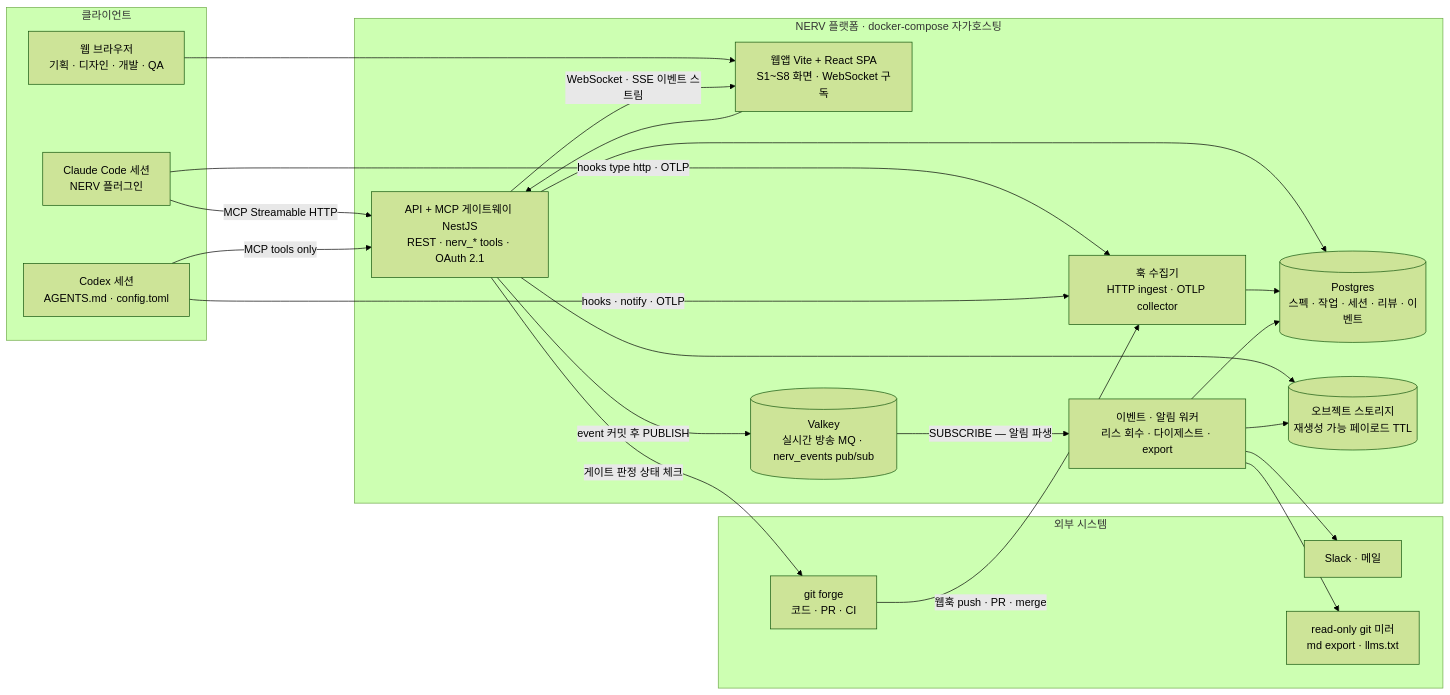
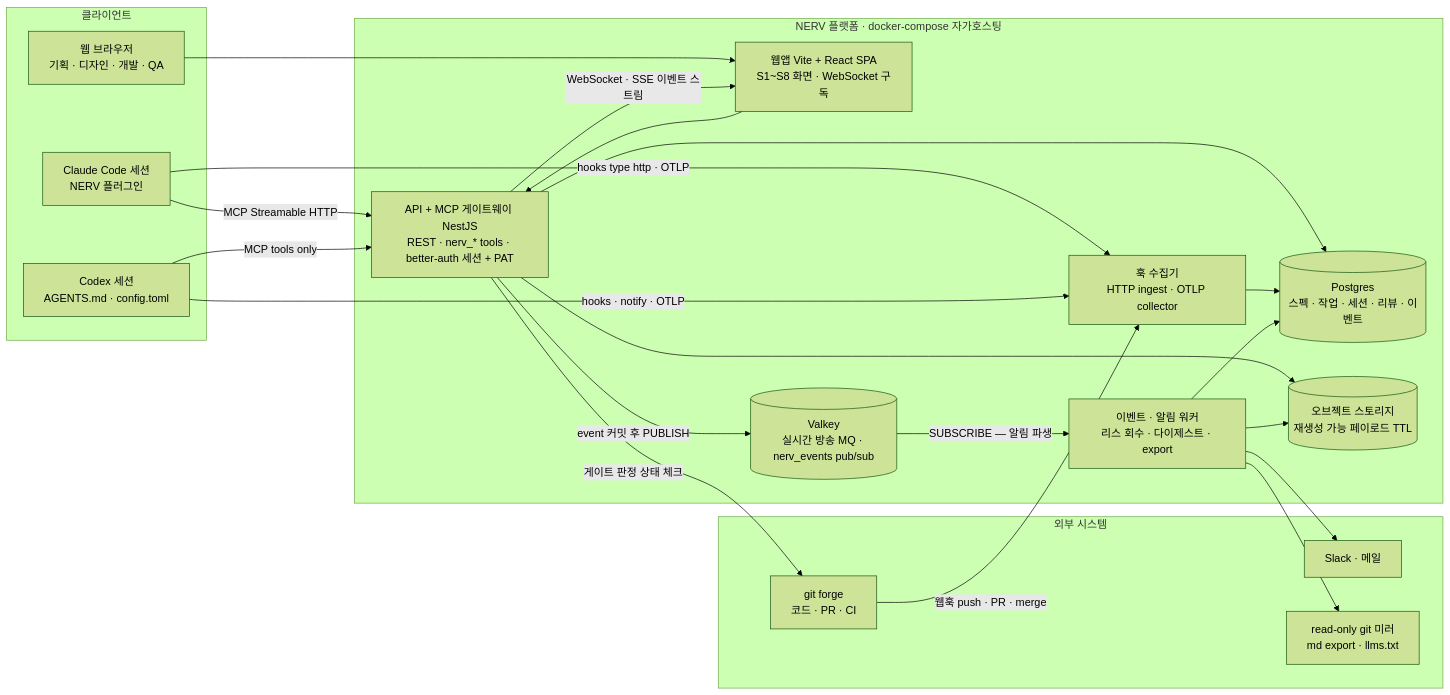
Before and after one commit to worker-ants/nerv: the first of 6 diagrams in docs/03-proposal/architecture.md, drawn with Mermaid (forest theme). The commit also changed other lines of this file and 32 other files, not shown here.

````diff
--- a/docs/03-proposal/architecture.md
+++ b/docs/03-proposal/architecture.md
@@ -28,43 +30,43 @@
 ```mermaid
 flowchart LR
   subgraph CL["클라이언트"]
     CC["Claude Code 세션<br/>NERV 플러그인"]
     CX["Codex 세션<br/>AGENTS.md · config.toml"]
     BR["웹 브라우저<br/>기획 · 디자인 · 개발 · QA"]
   end
 
   subgraph NV["NERV 플랫폼 · docker-compose 자가호스팅"]
     WEB["웹앱 Vite + React SPA<br/>S1~S8 화면 · WebSocket 구독"]
-    API["API + MCP 게이트웨이 NestJS<br/>REST · nerv_* tools · OAuth 2.1"]
+    API["API + MCP 게이트웨이 NestJS<br/>REST · nerv_* tools · better-auth 세션 + PAT"]
     ING["훅 수집기<br/>HTTP ingest · OTLP collector"]
     WRK["이벤트 · 알림 워커<br/>리스 회수 · 다이제스트 · export"]
     PG[("Postgres<br/>스펙 · 작업 · 세션 · 리뷰 · 이벤트")]
     VK[("Valkey<br/>실시간 방송 MQ · nerv_events pub/sub")]
     OBJ[("오브젝트 스토리지<br/>재생성 가능 페이로드 TTL")]
   end
 
   subgraph EX["외부 시스템"]
     FORGE["git forge<br/>코드 · PR · CI"]
     CHAN["Slack · 메일"]
     MIR["read-only git 미러<br/>md export · llms.txt"]
   end
 
   BR --> WEB
   WEB --> API
   CC -->|"MCP Streamable HTTP"| API
   CX -->|"MCP tools only"| API
   CC -->|"hooks type http · OTLP"| ING
   CX -->|"hooks · notify · OTLP"| ING
   FORGE -->|"웹훅 push · PR · merge"| ING
   API --> PG
   ING --> PG
   WRK --> PG
   API -->|"event 커밋 후 PUBLISH"| VK
   VK -->|"SUBSCRIBE — 알림 파생"| WRK
   API --> OBJ
   WRK --> OBJ
   API -->|"WebSocket · SSE 이벤트 스트림"| WEB
   API -->|"게이트 판정 상태 체크"| FORGE
   WRK --> CHAN
   WRK --> MIR
 ```
````
